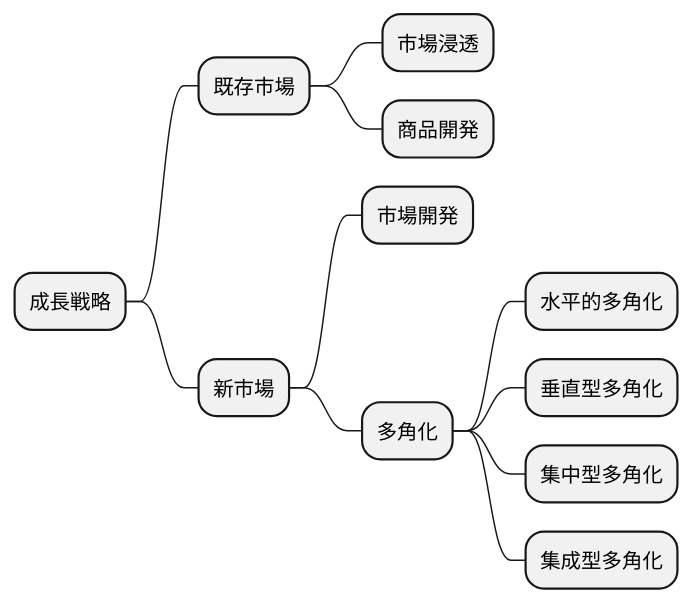
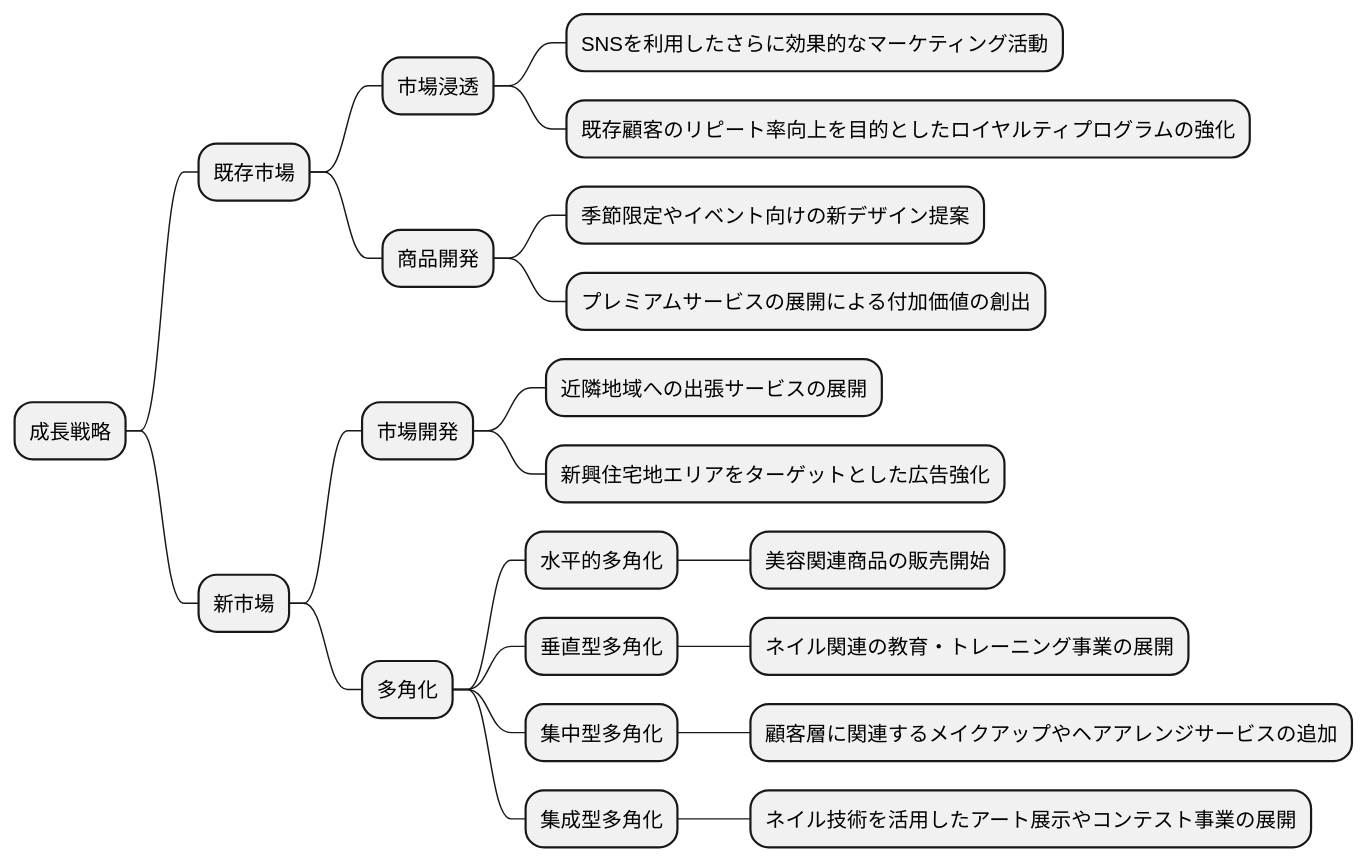
Before and after one commit to k2works/case-sutudy-business-analysis: the sixth of 16 diagrams in docs/case/r01_case_2.adoc, drawn with PlantUML. The commit also changed other lines of this file, not shown here.

```diff
--- a/docs/case/r01_case_2.adoc
+++ b/docs/case/r01_case_2.adoc
@@ -146,18 +195,28 @@
 [plantuml]
 ----
 @startmindmap
 
 * 成長戦略
 ** 既存市場
 *** 市場浸透
+**** SNSを利用したさらに効果的なマーケティング活動
+**** 既存顧客のリピート率向上を目的としたロイヤルティプログラムの強化
 *** 商品開発
+**** 季節限定やイベント向けの新デザイン提案
+**** プレミアムサービスの展開による付加価値の創出
 ** 新市場
 *** 市場開発
+**** 近隣地域への出張サービスの展開
+**** 新興住宅地エリアをターゲットとした広告強化
 *** 多角化
 **** 水平的多角化
+***** 美容関連商品の販売開始
 **** 垂直型多角化
+***** ネイル関連の教育・トレーニング事業の展開
 **** 集中型多角化
+***** 顧客層に関連するメイクアップやヘアアレンジサービスの追加
 **** 集成型多角化
+***** ネイル技術を活用したアート展示やコンテスト事業の展開
 
 @endmindmap
 ----
```
